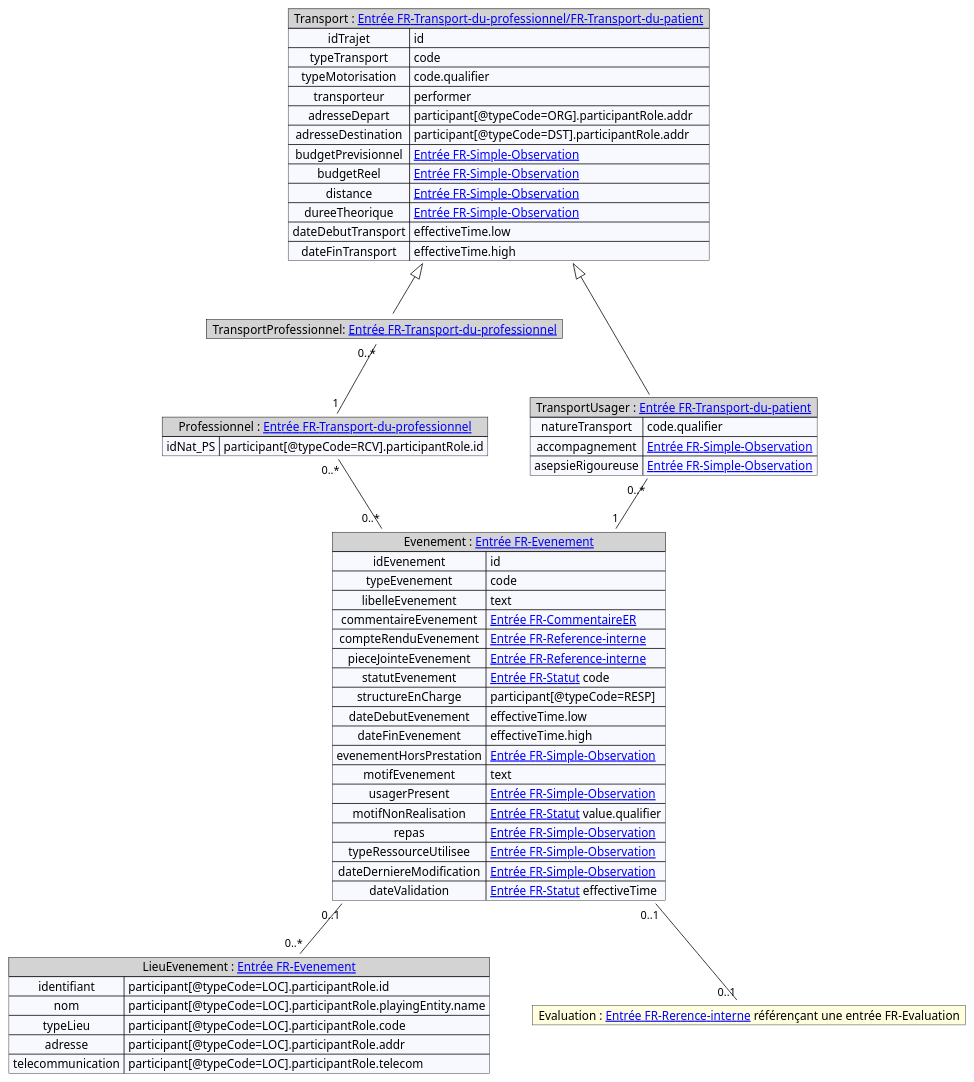
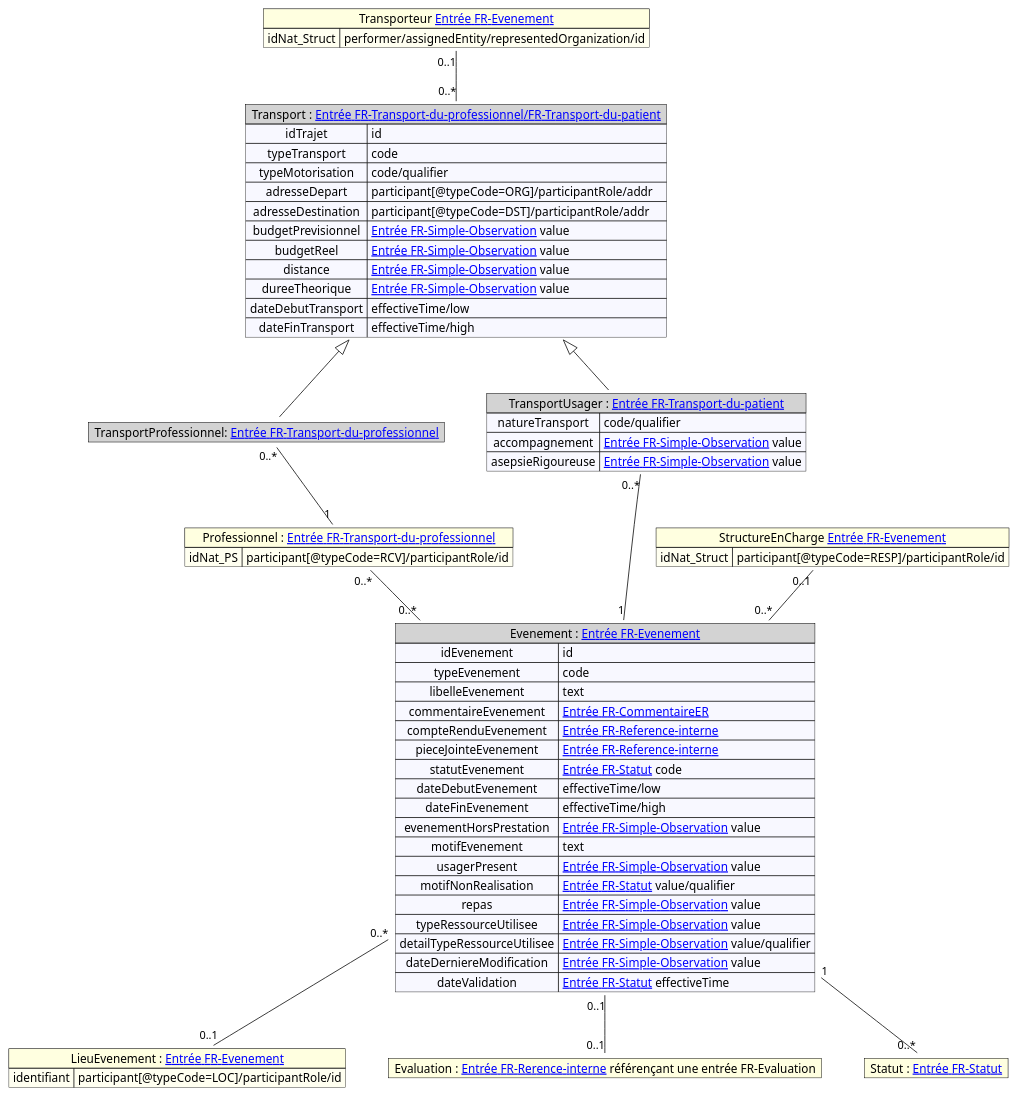
One commit to ansforge/IG-fhir-transfert-donnees-dui-esms changed the diagram in input/images-source/mapping_evenement.plantuml. Above: the diagram before and after it, drawn with PlantUML. The commit also changed 8 other files, not shown here.

```diff
--- a/input/images-source/mapping_evenement.plantuml
+++ b/input/images-source/mapping_evenement.plantuml
@@ -1,78 +1,86 @@
 @startuml
 
 
 map "Evenement : [[contenu_dossier_corps_cda.html Entrée FR-Evenement]]" as Evenement #back:ghostWhite;header:LightGray {
     idEvenement => id
     typeEvenement => code
     libelleEvenement => text
     commentaireEvenement => [[contenu_dossier_corps_cda.html Entrée FR-CommentaireER]]
     compteRenduEvenement => [[contenu_dossier_corps_cda.html Entrée FR-Reference-interne]]
     pieceJointeEvenement => [[contenu_dossier_corps_cda.html Entrée FR-Reference-interne]]
     statutEvenement => [[contenu_dossier_corps_cda.html Entrée FR-Statut]] code
-    structureEnCharge => participant[@typeCode=RESP]
-    dateDebutEvenement => effectiveTime.low
-    dateFinEvenement => effectiveTime.high
-    evenementHorsPrestation => [[contenu_dossier_corps_cda.html Entrée FR-Simple-Observation]]
+    dateDebutEvenement => effectiveTime/low
+    dateFinEvenement => effectiveTime/high
+    evenementHorsPrestation => [[contenu_dossier_corps_cda.html Entrée FR-Simple-Observation]] value
     motifEvenement => text
-    usagerPresent => [[contenu_dossier_corps_cda.html Entrée FR-Simple-Observation]]
-    motifNonRealisation => [[contenu_dossier_corps_cda.html Entrée FR-Statut]] value.qualifier 
-    repas => [[contenu_dossier_corps_cda.html Entrée FR-Simple-Observation]]
-    typeRessourceUtilisee => [[contenu_dossier_corps_cda.html Entrée FR-Simple-Observation]]
-    dateDerniereModification => [[contenu_dossier_corps_cda.html Entrée FR-Simple-Observation]]
+    usagerPresent => [[contenu_dossier_corps_cda.html Entrée FR-Simple-Observation]] value
+    motifNonRealisation => [[contenu_dossier_corps_cda.html Entrée FR-Statut]] value/qualifier 
+    repas => [[contenu_dossier_corps_cda.html Entrée FR-Simple-Observation]] value
+    typeRessourceUtilisee => [[contenu_dossier_corps_cda.html Entrée FR-Simple-Observation]] value
+    detailTypeRessourceUtilisee => [[contenu_dossier_corps_cda.html Entrée FR-Simple-Observation]] value/qualifier
+    dateDerniereModification => [[contenu_dossier_corps_cda.html Entrée FR-Simple-Observation]] value
     dateValidation => [[contenu_dossier_corps_cda.html Entrée FR-Statut]] effectiveTime
 }
 map "Transport : [[contenu_dossier_corps_cda.html Entrée FR-Transport-du-professionnel/FR-Transport-du-patient]]" as Transport#back:ghostWhite;header:LightGray {
     idTrajet => id
     typeTransport => code
-    typeMotorisation => code.qualifier
-    transporteur => performer
-    adresseDepart => participant[@typeCode=ORG].participantRole.addr
-    adresseDestination => participant[@typeCode=DST].participantRole.addr
-    budgetPrevisionnel => [[contenu_dossier_corps_cda.html Entrée FR-Simple-Observation]]
-    budgetReel => [[contenu_dossier_corps_cda.html Entrée FR-Simple-Observation]]
-    distance => [[contenu_dossier_corps_cda.html Entrée FR-Simple-Observation]]
-    dureeTheorique => [[contenu_dossier_corps_cda.html Entrée FR-Simple-Observation]]
-    dateDebutTransport => effectiveTime.low
-    dateFinTransport => effectiveTime.high
+    typeMotorisation => code/qualifier
+    adresseDepart => participant[@typeCode=ORG]/participantRole/addr
+    adresseDestination => participant[@typeCode=DST]/participantRole/addr
+    budgetPrevisionnel => [[contenu_dossier_corps_cda.html Entrée FR-Simple-Observation]] value
+    budgetReel => [[contenu_dossier_corps_cda.html Entrée FR-Simple-Observation]] value
+    distance => [[contenu_dossier_corps_cda.html Entrée FR-Simple-Observation]] value
+    dureeTheorique => [[contenu_dossier_corps_cda.html Entrée FR-Simple-Observation]] value
+    dateDebutTransport => effectiveTime/low
+    dateFinTransport => effectiveTime/high
 
 }
-map "Professionnel : [[contenu_dossier_corps_cda.html Entrée FR-Transport-du-professionnel]]" as Professionnel #back:ghostWhite;header:LightGray {
-    idNat_PS => participant[@typeCode=RCV].participantRole.id    
-   
+map "Professionnel : [[contenu_dossier_corps_cda.html Entrée FR-Transport-du-professionnel]]" as Professionnel #back:Ivory;header:LightYellow  {
+    idNat_PS => participant[@typeCode=RCV]/participantRole/id 
 }
+
+map "Transporteur [[contenu_dossier_corps_cda.html Entrée FR-Evenement]]" as transporteur #back:Ivory;header:LightYellow  {
+    idNat_Struct => performer/assignedEntity/representedOrganization/id
+}
+
+map "StructureEnCharge [[contenu_dossier_corps_cda.html Entrée FR-Evenement]]" as structureEnCharge #back:Ivory;header:LightYellow  {
+    idNat_Struct => participant[@typeCode=RESP]/participantRole/id
+}
+
 
 map "TransportProfessionnel: [[contenu_dossier_corps_cda.html Entrée FR-Transport-du-professionnel]]" as TransportPro#back:ghostWhite;header:LightGray {
 }
 
 
 
 map "TransportUsager : [[contenu_dossier_corps_cda.html Entrée FR-Transport-du-patient]]" as TransportUsager#back:ghostWhite;header:LightGray {
-    natureTransport => code.qualifier
-    accompagnement => [[contenu_dossier_corps_cda.html Entrée FR-Simple-Observation]]
-    asepsieRigoureuse => [[contenu_dossier_corps_cda.html Entrée FR-Simple-Observation]]
+    natureTransport => code/qualifier
+    accompagnement => [[contenu_dossier_corps_cda.html Entrée FR-Simple-Observation]] value
+    asepsieRigoureuse => [[contenu_dossier_corps_cda.html Entrée FR-Simple-Observation]] value
 }
 
-map "LieuEvenement : [[contenu_dossier_corps_cda.html Entrée FR-Evenement]]" as Lieu#back:ghostWhite;header:LightGray {
-    identifiant => participant[@typeCode=LOC].participantRole.id    
-    nom => participant[@typeCode=LOC].participantRole.playingEntity.name
-    typeLieu => participant[@typeCode=LOC].participantRole.code
-    adresse => participant[@typeCode=LOC].participantRole.addr
-    telecommunication => participant[@typeCode=LOC].participantRole.telecom
-   
+map "LieuEvenement : [[contenu_dossier_corps_cda.html Entrée FR-Evenement]]" as Lieu #back:Ivory;header:LightYellow  {
+    identifiant => participant[@typeCode=LOC]/participantRole/id    
+ 
 }
 
-map "Evaluation : [[contenu_dossier_corps_cda.html Entrée FR-Rerence-interne]] référençant une entrée FR-Evaluation" as Evaluation #back:LightYellow;header:LightYellow{
+map "Evaluation : [[contenu_dossier_corps_cda.html Entrée FR-Rerence-interne]] référençant une entrée FR-Evaluation" as Evaluation #back:Ivory;header:LightYellow {
+}
+
+map "Statut : [[contenu_dossier_corps_cda.html Entrée FR-Statut]]" as statut #back:Ivory;header:LightYellow {
 }
 
 
-Evenement "0..1" -- "0..*" Lieu  
+Evenement "0..*" -- "0..1" Lieu  
 Professionnel "0..*" -- "0..*" Evenement
+structureEnCharge "0..1" -- "0..*" Evenement
 Transport <|-- TransportPro
 Transport <|-- TransportUsager
 TransportUsager "0..*" -- "1" Evenement
 TransportPro "0..*" -- "1" Professionnel
 Evenement "0..1" -- "0..1" Evaluation
-
+Evenement "1" -- "0..*" statut
+transporteur "0..1" -- "0..*" Transport
 
 
 @enduml
```
